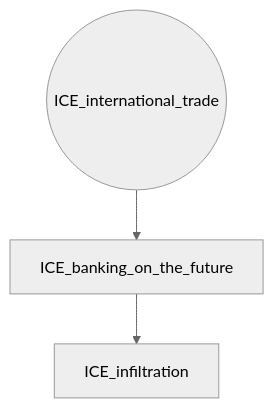
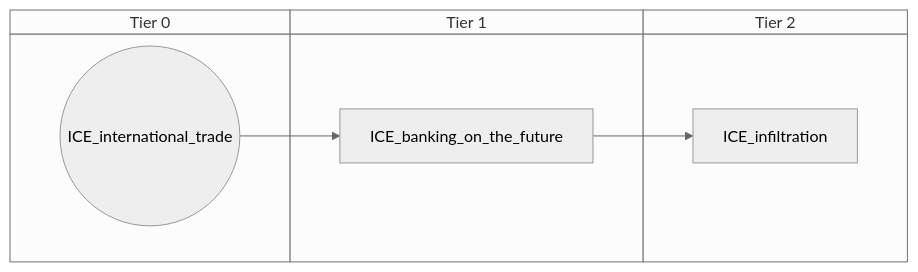
The second of 6 diagrams in docs/gdd/National Focuses/iceland.md (evgeny-sobol/hoi4-sandbox-mode-r56), drawn with Mermaid (neutral theme) before and after one commit. The commit also changed other lines of this file and 423 other files, not shown here.

First line of the commit message:
Re-export Rt56 focus trees as swimlane diagrams

````diff
--- a/docs/gdd/National Focuses/iceland.md
+++ b/docs/gdd/National Focuses/iceland.md
@@ -48,8 +60,14 @@
 ```mermaid
-flowchart TD
-    n17["ICE_banking_on_the_future"]
-    n18["ICE_infiltration"]
-    n19(("ICE_international_trade"))
-    n19 --> n17
+swimlane-beta TD
+    subgraph tier_0["Tier 0"]
+        n17(("ICE_international_trade"))
+    end
+    subgraph tier_1["Tier 1"]
+        n18["ICE_banking_on_the_future"]
+    end
+    subgraph tier_2["Tier 2"]
+        n19["ICE_infiltration"]
+    end
     n17 --> n18
+    n18 --> n19
 ```
````
